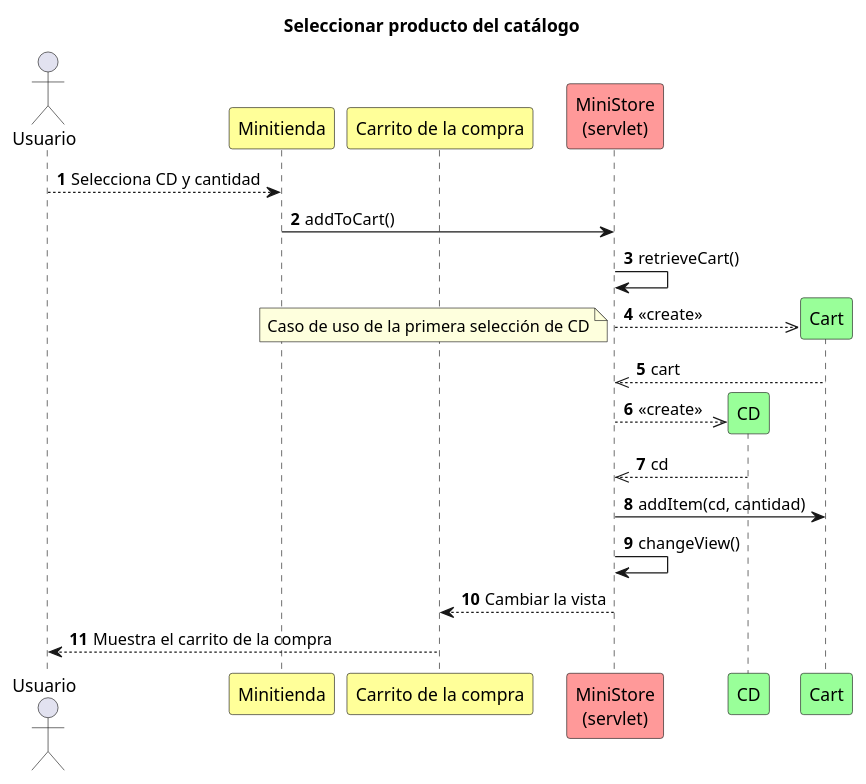
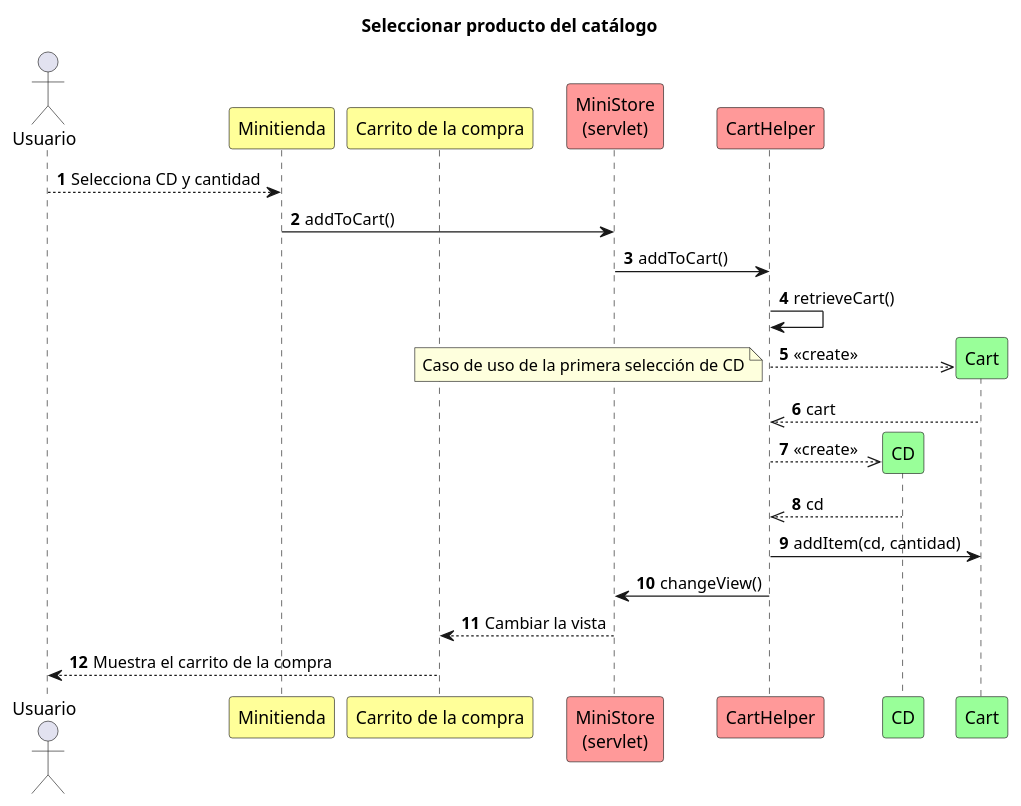
Before and after one commit to PedroVidalVillalba/DAW_P2: the diagram in minitienda/diagrams/add_to_cart.puml, drawn with PlantUML. The commit also changed 7 other files, not shown here.

```diff
--- a/minitienda/diagrams/add_to_cart.puml
+++ b/minitienda/diagrams/add_to_cart.puml
@@ -1,29 +1,31 @@
 @startuml
 'https://plantuml.com/sequence-diagram
 autonumber
 
 title Seleccionar producto del catálogo
 
 actor Usuario
 participant "Minitienda" as Index               #ffff99
 participant "Carrito de la compra" as CartPage  #ffff99
 participant "MiniStore\n(servlet)" as Servlet   #ff9999
+participant CartHelper                          #ff9999
 participant CD                                  #99ff99
 participant Cart                                #99ff99
 
 Usuario --> Index: Selecciona CD y cantidad
 Index -> Servlet: addToCart()
-Servlet -> Servlet: retrieveCart()
+Servlet -> CartHelper: addToCart()
+CartHelper -> CartHelper: retrieveCart()
 create Cart
-Servlet -->> Cart: <<create>>
+CartHelper -->> Cart: <<create>>
 note left: Caso de uso de la primera selección de CD
 return cart
 create CD
-Servlet -->> CD: <<create>>
+CartHelper -->> CD: <<create>>
 return cd
-Servlet -> Cart: addItem(cd, cantidad)
-Servlet -> Servlet: changeView()
+CartHelper -> Cart: addItem(cd, cantidad)
+CartHelper -> Servlet: changeView()
 Servlet --> CartPage: Cambiar la vista
 CartPage --> Usuario: Muestra el carrito de la compra
 
 @enduml
```
